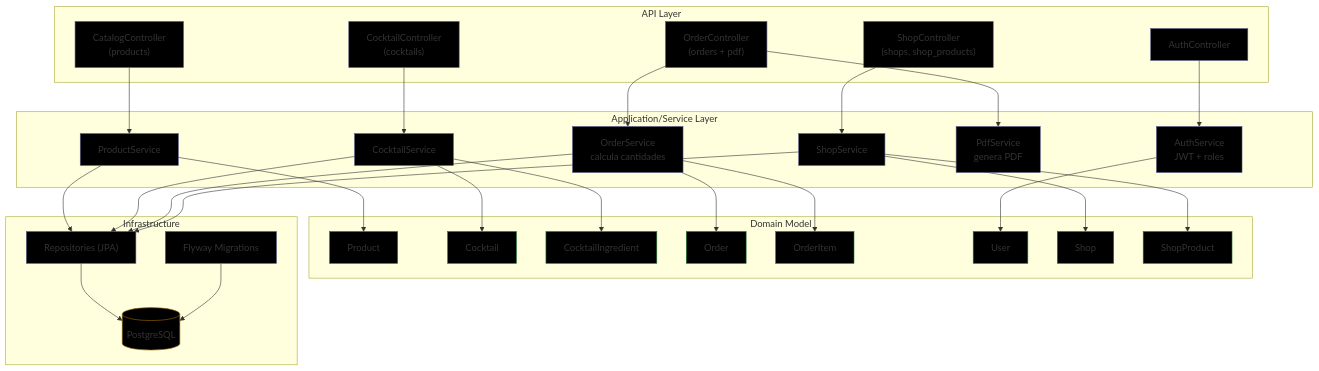
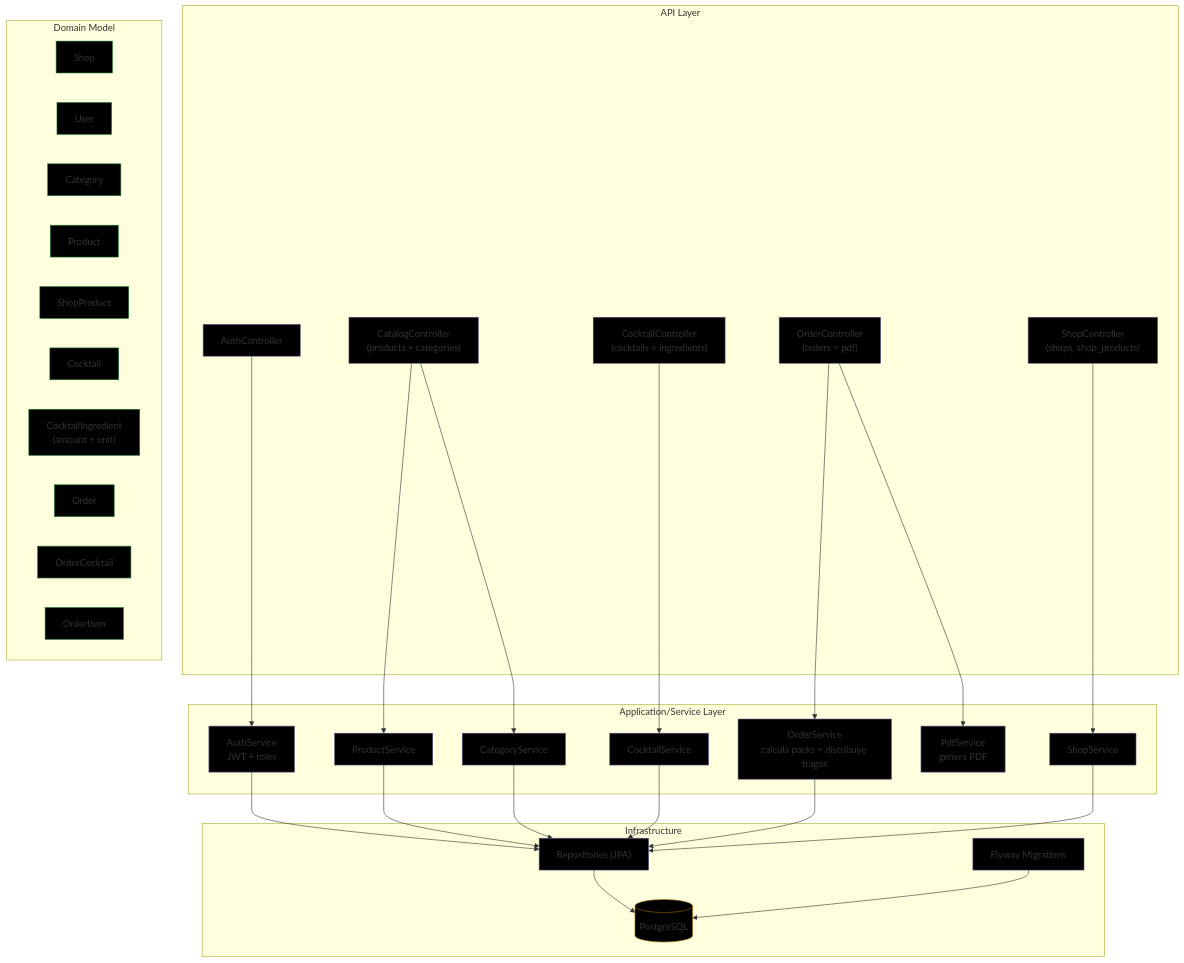
One commit to Fran3103/CocktailOps changed the third of 3 diagrams in Readme.md. Above: the diagram before and after it, drawn with Mermaid. The commit also changed other lines of this file, not shown here.

````diff
--- a/Readme.md
+++ b/Readme.md
@@ -161,65 +173,64 @@
 ```mermaid
 flowchart TB
 subgraph API["API Layer"]
     C1["AuthController"]:::box
-    C2["CatalogController<br/>(products)"]:::box
-    C3["CocktailController<br/>(cocktails)"]:::box
+    C2["CatalogController<br/>(products + categories)"]:::box
+    C3["CocktailController<br/>(cocktails + ingredients)"]:::box
     C4["OrderController<br/>(orders + pdf)"]:::box
     C5["ShopController<br/>(shops, shop_products)"]:::box
 end
 
 subgraph APP["Application/Service Layer"]
     S1["AuthService<br/>JWT + roles"]:::box
     S2["ProductService"]:::box
+    S7["CategoryService"]:::box
     S3["CocktailService"]:::box
-    S4["OrderService<br/>calcula cantidades"]:::box
+    S4["OrderService<br/>calcula packs + distribuye tragos"]:::box
     S5["PdfService<br/>genera PDF"]:::box
     S6["ShopService"]:::box
 end
 
 subgraph DOMAIN["Domain Model"]
+    D7["Shop"]:::entity
+    D6["User"]:::entity
+    D9["Category"]:::entity
     D1["Product"]:::entity
+    D8["ShopProduct"]:::entity
+
     D2["Cocktail"]:::entity
-    D3["CocktailIngredient"]:::entity
+    D3["CocktailIngredient<br/>(amount + unit)"]:::entity
+
     D4["Order"]:::entity
+    D10["OrderCocktail"]:::entity
     D5["OrderItem"]:::entity
-    D6["User"]:::entity
-    D7["Shop"]:::entity
-    D8["ShopProduct"]:::entity
 end
 
 subgraph INFRA["Infrastructure"]
     R1["Repositories (JPA)"]:::box
     FLY["Flyway Migrations"]:::box
     DB[("PostgreSQL")]:::db
 end
 
 %% Wiring
 C1 --> S1
 C2 --> S2
+C2 --> S7
 C3 --> S3
 C4 --> S4
 C4 --> S5
 C5 --> S6
 
+S1 --> R1
 S2 --> R1
+S7 --> R1
 S3 --> R1
 S4 --> R1
 S6 --> R1
 
 R1 --> DB
 FLY --> DB
 
-S2 --> D1
-S3 --> D2
-S3 --> D3
-S4 --> D4
-S4 --> D5
-S1 --> D6
-S6 --> D7
-S6 --> D8
-
 classDef box fill:#000000,stroke:#5a5a8a,stroke-width:1px;
 classDef db fill:#000000,stroke:#a06a00,stroke-width:1px;
 classDef entity fill:#000000,stroke:#1f7a3a,stroke-width:1px;
 ```  
````
